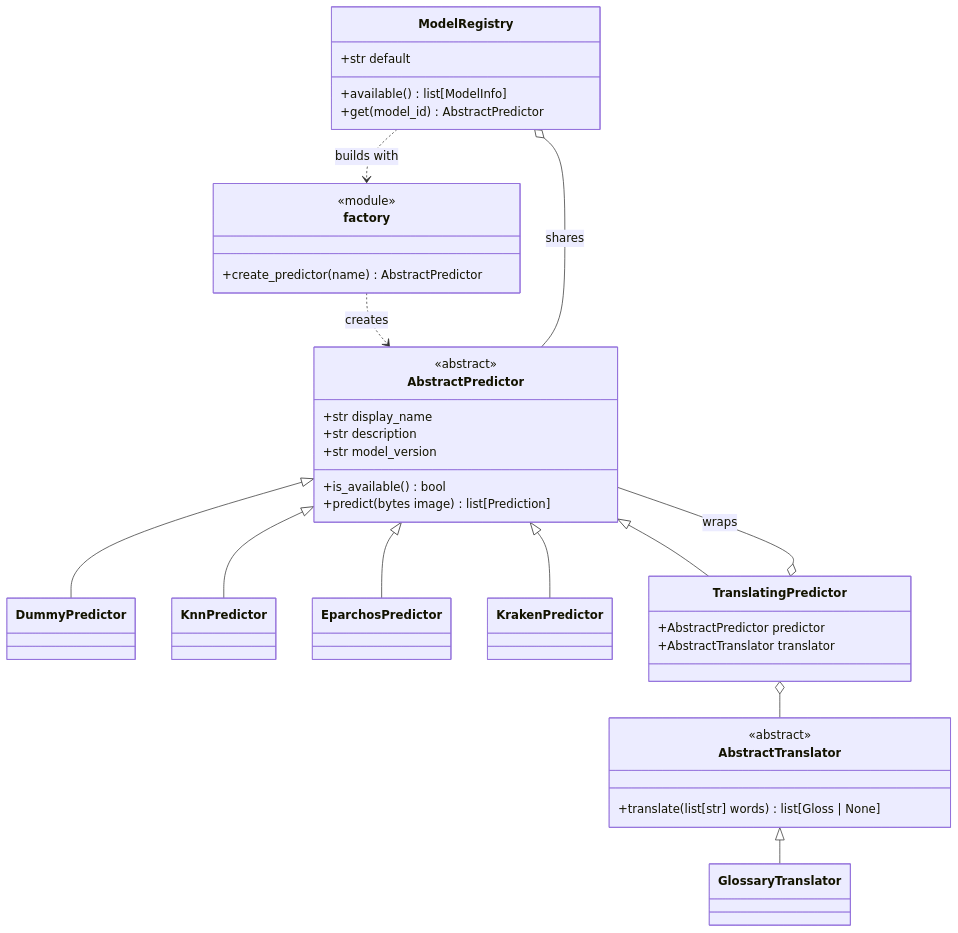
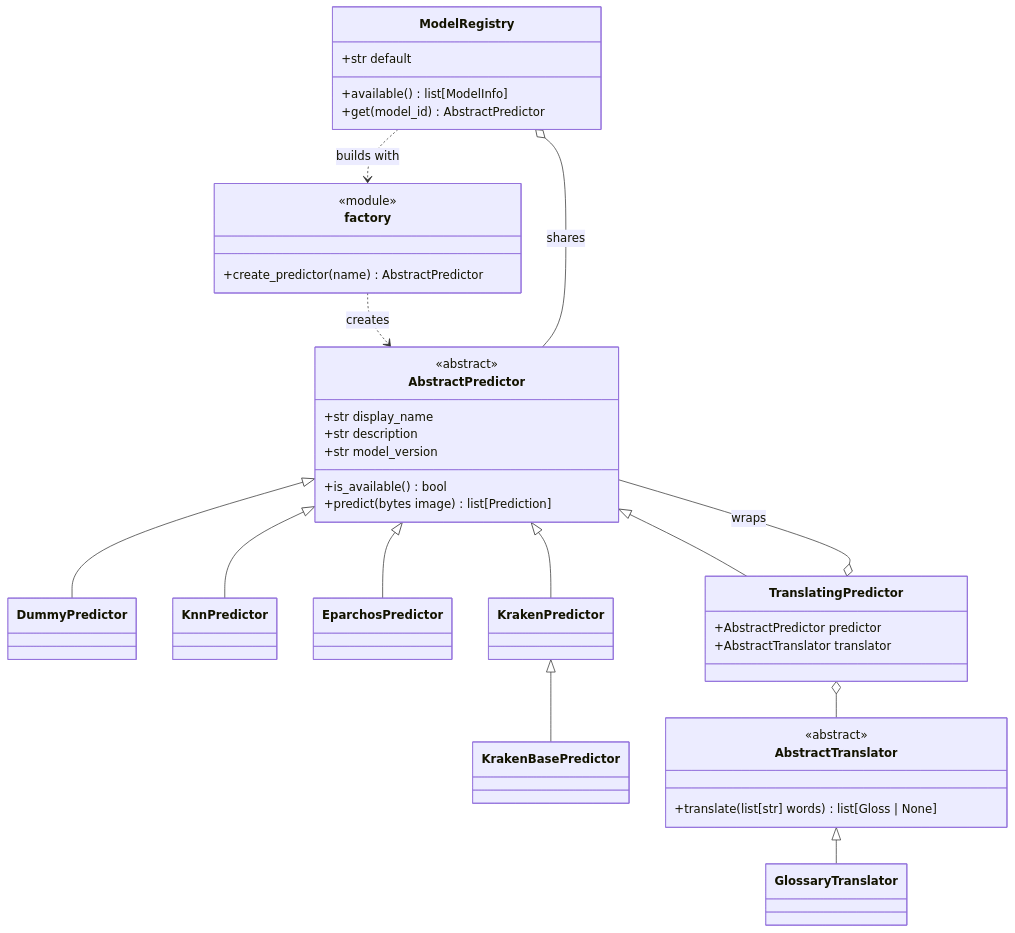
Before and after one commit to muhammadov-q/team4: the diagram in docs/architecture/design-patterns.md, drawn with Mermaid. The commit also changed 7 other files, not shown here.

````diff
--- a/docs/architecture/design-patterns.md
+++ b/docs/architecture/design-patterns.md
@@ -23,44 +23,46 @@
 ```mermaid
 classDiagram
     class AbstractPredictor {
         <<abstract>>
         +str display_name
         +str description
         +str model_version
         +is_available() bool
         +predict(bytes image) list[Prediction]
     }
     class DummyPredictor
     class KnnPredictor
     class EparchosPredictor
     class KrakenPredictor
+    class KrakenBasePredictor
     class TranslatingPredictor {
         +AbstractPredictor predictor
         +AbstractTranslator translator
     }
     class AbstractTranslator {
         <<abstract>>
         +translate(list[str] words) list[Gloss | None]
     }
     class GlossaryTranslator
     class factory {
         <<module>>
         +create_predictor(name) AbstractPredictor
     }
     AbstractPredictor <|-- DummyPredictor
     AbstractPredictor <|-- KnnPredictor
     AbstractPredictor <|-- EparchosPredictor
     AbstractPredictor <|-- KrakenPredictor
+    KrakenPredictor <|-- KrakenBasePredictor
     AbstractPredictor <|-- TranslatingPredictor
     TranslatingPredictor o-- AbstractPredictor : wraps
     TranslatingPredictor o-- AbstractTranslator
     AbstractTranslator <|-- GlossaryTranslator
     factory ..> AbstractPredictor : creates
     class ModelRegistry {
         +str default
         +available() list[ModelInfo]
         +get(model_id) AbstractPredictor
     }
     ModelRegistry ..> factory : builds with
     ModelRegistry o-- AbstractPredictor : shares
 ```
````
